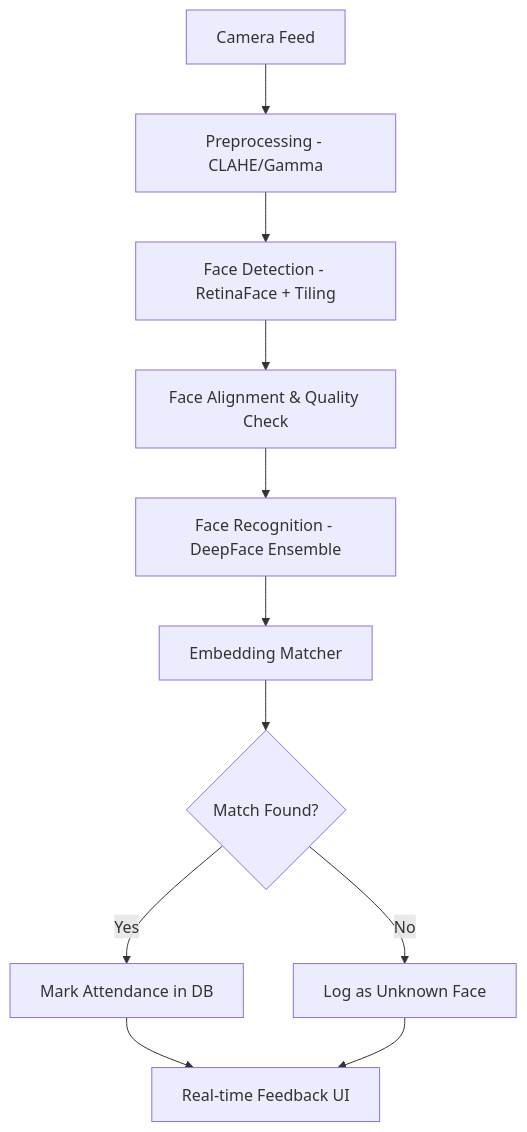
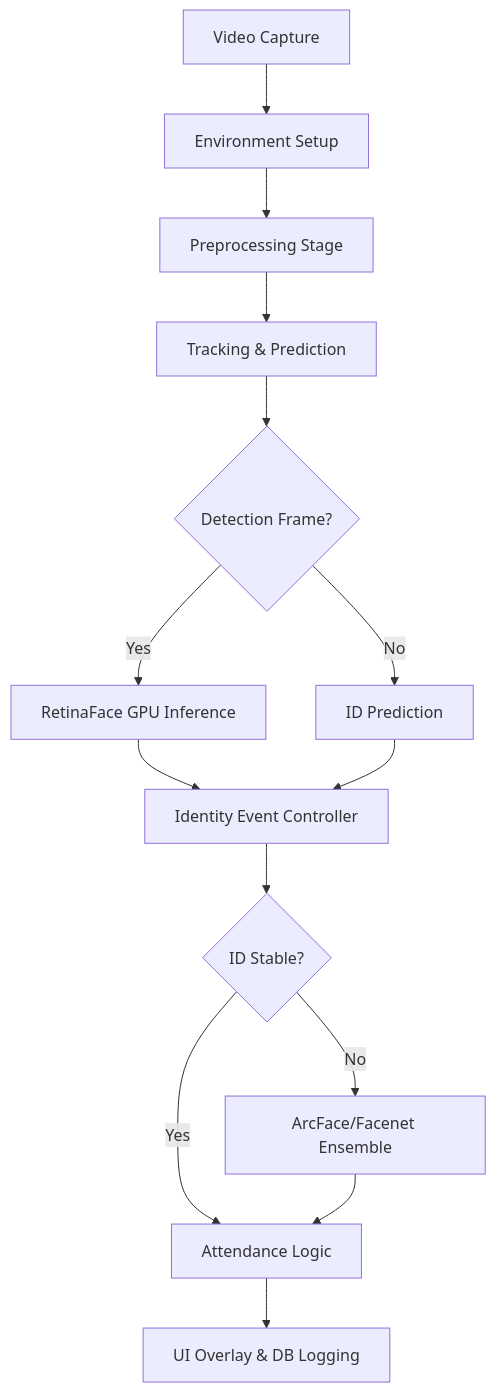
The diagram in explaining.md (AyoubEttalbi/emsvia), drawn with Mermaid before and after one commit. The commit also changed other lines of this file and 10 other files, not shown here.

Commit message:
feat: implement industry-grade GPU optimizations, tracking, and cuDNN version bridge

````diff
--- a/explaining.md
+++ b/explaining.md
@@ -11,13 +22,16 @@
 ```mermaid
 graph TD
-    A[Camera Feed] --> B[Preprocessing - CLAHE/Gamma]
-    B --> C[Face Detection - RetinaFace + Tiling]
-    C --> D[Face Alignment & Quality Check]
-    D --> E[Face Recognition - DeepFace Ensemble]
-    E --> F[Embedding Matcher]
-    F --> G{Match Found?}
-    G -- Yes --> H[Mark Attendance in DB]
-    G -- No --> I[Log as Unknown Face]
-    H --> J[Real-time Feedback UI]
-    I --> J
+    A[Video Capture] --> B[Environment Setup]
+    B --> C[Preprocessing Stage]
+    C --> D[Tracking & Prediction]
+    D --> E{Detection Frame?}
+    E -- Yes --> F[RetinaFace GPU Inference]
+    E -- No --> G[ID Prediction]
+    F --> H[Identity Event Controller]
+    G --> H
+    H --> I{ID Stable?}
+    I -- No --> J[ArcFace/Facenet Ensemble]
+    I -- Yes --> K[Attendance Logic]
+    J --> K
+    K --> L[UI Overlay & DB Logging]
 ```
````
